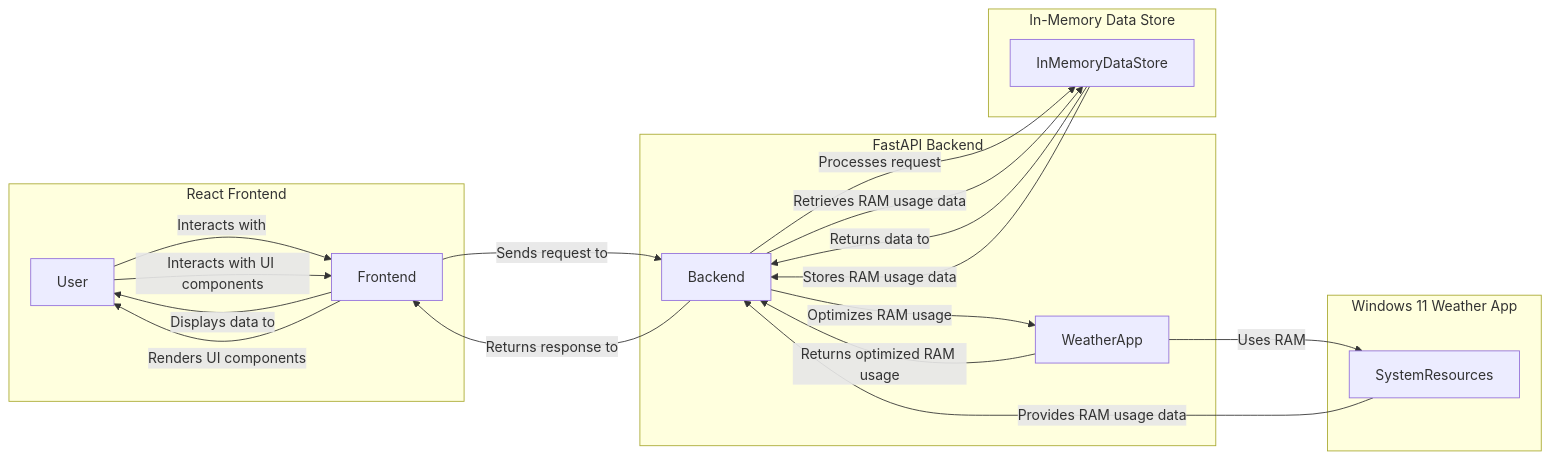
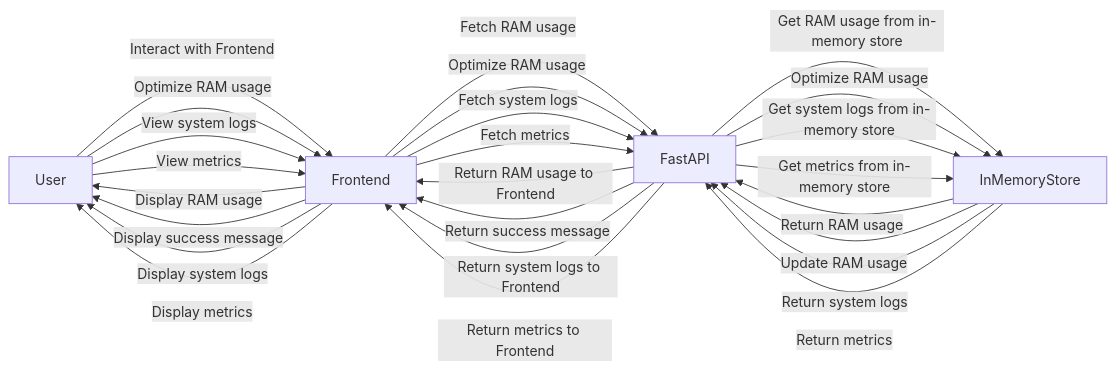
One commit to coddyieee-sketch/ram-weather-optimizer-tool changed the diagram in README.md. Above: the diagram before and after it, drawn with Mermaid. The commit also changed other lines of this file and 4 other files, not shown here.

First line of the commit message:
feat: initial release of ram-weather-optimizer-tool for 'Windows 11's built-in Weather app wastes more than 1 GB of RAM'

````diff
--- a/README.md
+++ b/README.md
@@ -21,25 +22,27 @@
 ```mermaid
 graph LR
-    User -->|Interacts with| Frontend
-    Frontend -->|Sends request to| Backend
-    Backend -->|Processes request| InMemoryDataStore
-    InMemoryDataStore -->|Returns data to| Backend
-    Backend -->|Returns response to| Frontend
-    Frontend -->|Displays data to| User
-    subgraph FastAPI Backend
-        Backend -->|Optimizes RAM usage| WeatherApp
-        WeatherApp -->|Returns optimized RAM usage| Backend
-    end
-    subgraph React Frontend
-        Frontend -->|Renders UI components| User
-        User -->|Interacts with UI components| Frontend
-    end
-    subgraph In-Memory Data Store
-        InMemoryDataStore -->|Stores RAM usage data| Backend
-        Backend -->|Retrieves RAM usage data| InMemoryDataStore
-    end
-    subgraph Windows 11 Weather App
-        WeatherApp -->|Uses RAM| SystemResources
-        SystemResources -->|Provides RAM usage data| Backend
-    end
+    User -->|Interact with Frontend| Frontend
+    Frontend -->|Fetch RAM usage| FastAPI
+    FastAPI -->|Get RAM usage from in-memory store| InMemoryStore
+    InMemoryStore -->|Return RAM usage| FastAPI
+    FastAPI -->|Return RAM usage to Frontend| Frontend
+    Frontend -->|Display RAM usage| User
+    User -->|Optimize RAM usage| Frontend
+    Frontend -->|Optimize RAM usage| FastAPI
+    FastAPI -->|Optimize RAM usage| InMemoryStore
+    InMemoryStore -->|Update RAM usage| FastAPI
+    FastAPI -->|Return success message| Frontend
+    Frontend -->|Display success message| User
+    User -->|View system logs| Frontend
+    Frontend -->|Fetch system logs| FastAPI
+    FastAPI -->|Get system logs from in-memory store| InMemoryStore
+    InMemoryStore -->|Return system logs| FastAPI
+    FastAPI -->|Return system logs to Frontend| Frontend
+    Frontend -->|Display system logs| User
+    User -->|View metrics| Frontend
+    Frontend -->|Fetch metrics| FastAPI
+    FastAPI -->|Get metrics from in-memory store| InMemoryStore
+    InMemoryStore -->|Return metrics| FastAPI
+    FastAPI -->|Return metrics to Frontend| Frontend
+    Frontend -->|Display metrics| User
 ```
````
